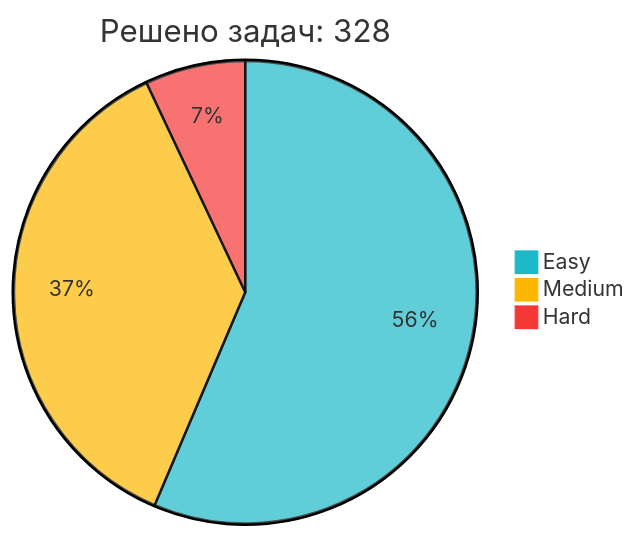
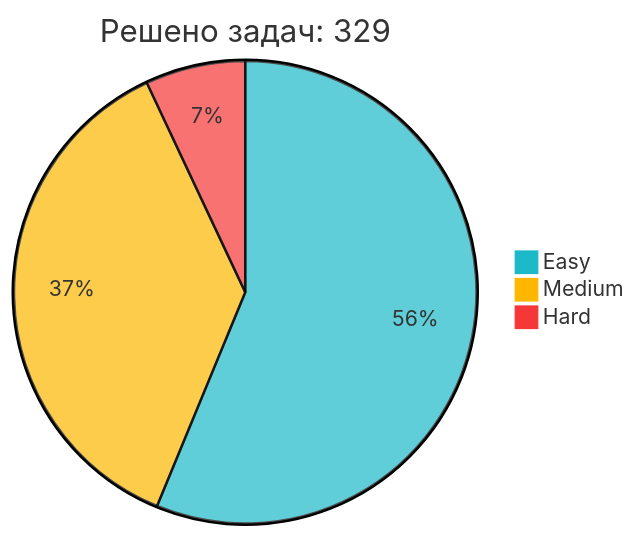
Before and after one commit to IliaKurdukov/IliaKurdukov: the diagram in README.md, drawn with Mermaid. The commit also changed other lines of this file, not shown here.

Commit message:
📈 Обновление статистики LeetCode

````diff
--- a/README.md
+++ b/README.md
@@ -51,7 +51,7 @@
 ```mermaid
 %%{init: {'theme': 'base', 'themeVariables': { 'pie1': '#1CBAC8', 'pie2': '#FEB700', 'pie3': '#F63737' }, 'config': {'width': 300, 'height': 200}}}%%
-pie title Решено задач: 328
+pie title Решено задач: 329
    "Easy" : 185
-   "Medium" : 120
+   "Medium" : 121
    "Hard" : 23
 ```
````
